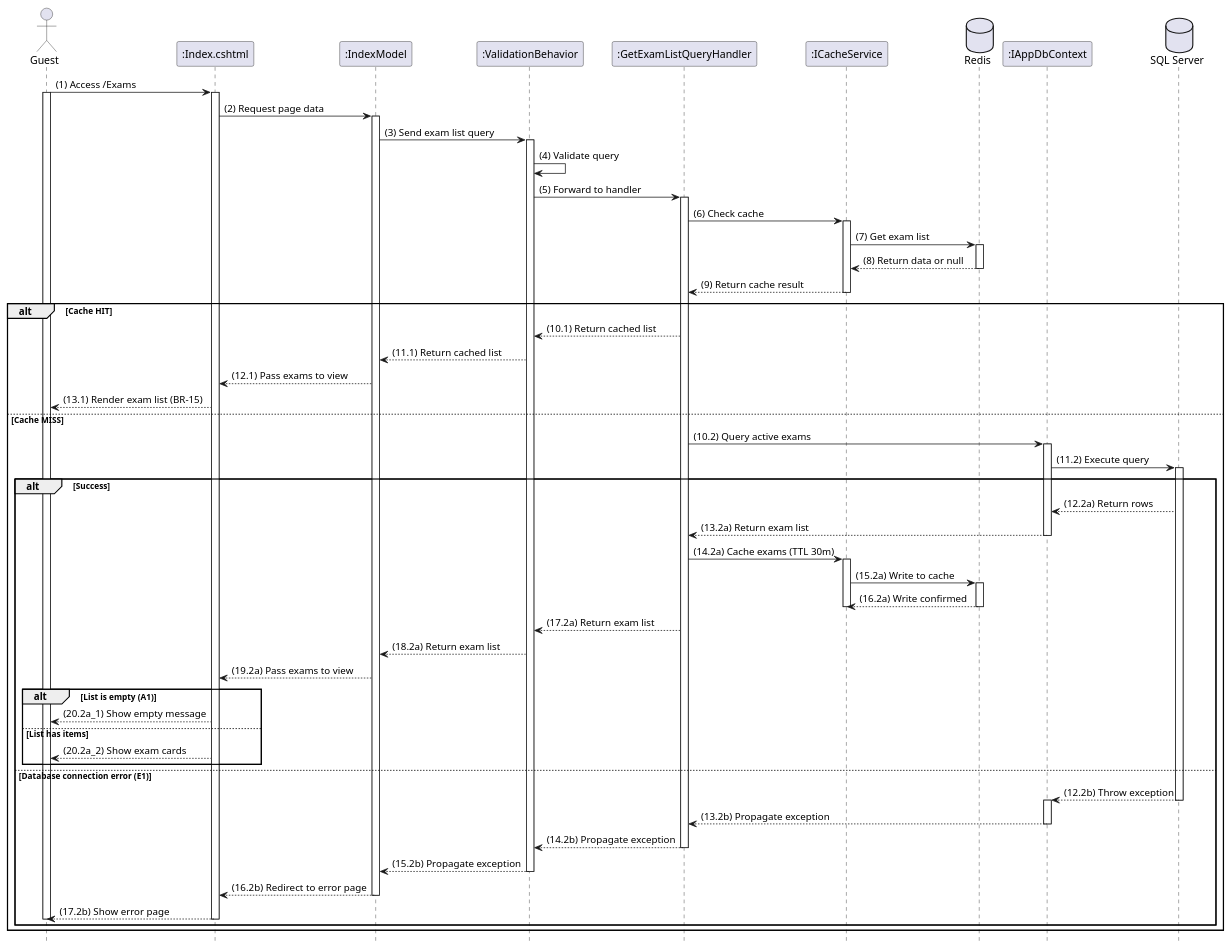
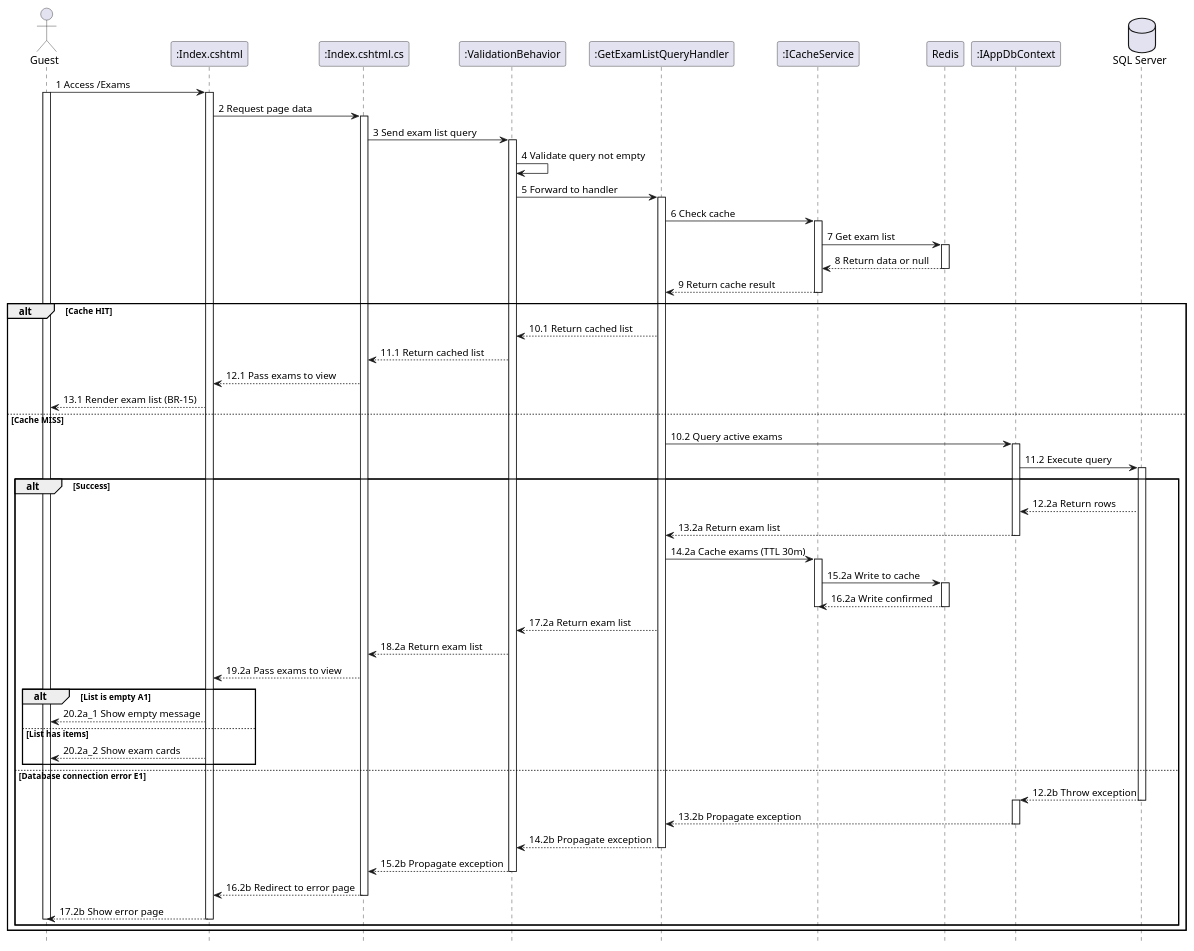
One commit to LiemDT2005/AcadPrep changed the diagram in docs/SequenceDiagrams/SD-UC3.1_View_Exams.puml. Above: the diagram before and after it, drawn with PlantUML. The commit also changed 6 other files, not shown here.

```diff
--- a/docs/SequenceDiagrams/SD-UC3.1_View_Exams.puml
+++ b/docs/SequenceDiagrams/SD-UC3.1_View_Exams.puml
@@ -1,102 +1,102 @@
 @startuml
 
 
 hide footbox
 
 actor Guest
 participant ":Index.cshtml" as View
-participant ":IndexModel" as PageModel
+participant ":Index.cshtml.cs" as PageModel
 participant ":ValidationBehavior" as Pipeline
 participant ":GetExamListQueryHandler" as Handler
 participant ":ICacheService" as CacheService
-database "Redis" as Redis
+participant "Redis" as Redis
 participant ":IAppDbContext" as DbContext
 database "SQL Server" as DB
 
-Guest -> View : (1) Access /Exams
+Guest -> View : 1 Access /Exams
 activate Guest
 activate View
 
-View -> PageModel : (2) Request page data
+View -> PageModel : 2 Request page data
 activate PageModel
 
-PageModel -> Pipeline : (3) Send exam list query
+PageModel -> Pipeline : 3 Send exam list query
 activate Pipeline
 
-Pipeline -> Pipeline : (4) Validate query
-Pipeline -> Handler : (5) Forward to handler
+Pipeline -> Pipeline : 4 Validate query not empty
+Pipeline -> Handler : 5 Forward to handler
 activate Handler
 
-Handler -> CacheService : (6) Check cache
+Handler -> CacheService : 6 Check cache
 activate CacheService
 
-CacheService -> Redis : (7) Get exam list
+CacheService -> Redis : 7 Get exam list
 activate Redis
-Redis --> CacheService : (8) Return data or null
+Redis --> CacheService : 8 Return data or null
 deactivate Redis
 
-CacheService --> Handler : (9) Return cache result
+CacheService --> Handler : 9 Return cache result
 deactivate CacheService
 
 alt Cache HIT
-    Handler --> Pipeline : (10.1) Return cached list
+    Handler --> Pipeline : 10.1 Return cached list
     
-    Pipeline --> PageModel : (11.1) Return cached list
+    Pipeline --> PageModel : 11.1 Return cached list
     
-    PageModel --> View : (12.1) Pass exams to view
-    View --> Guest : (13.1) Render exam list (BR-15)
+    PageModel --> View : 12.1 Pass exams to view
+    View --> Guest : 13.1 Render exam list (BR-15)
 else Cache MISS
-    Handler -> DbContext : (10.2) Query active exams
+    Handler -> DbContext : 10.2 Query active exams
     activate DbContext
 
-    DbContext -> DB : (11.2) Execute query
+    DbContext -> DB : 11.2 Execute query
     activate DB
 
     alt Success
-        DB --> DbContext : (12.2a) Return rows
-        DbContext --> Handler : (13.2a) Return exam list
+        DB --> DbContext : 12.2a Return rows
+        DbContext --> Handler : 13.2a Return exam list
         deactivate DbContext
 
-        Handler -> CacheService : (14.2a) Cache exams (TTL 30m)
+        Handler -> CacheService : 14.2a Cache exams (TTL 30m)
         activate CacheService
-        CacheService -> Redis : (15.2a) Write to cache
+        CacheService -> Redis : 15.2a Write to cache
         activate Redis
-        Redis --> CacheService : (16.2a) Write confirmed
+        Redis --> CacheService : 16.2a Write confirmed
         deactivate Redis
         deactivate CacheService
 
-        Handler --> Pipeline : (17.2a) Return exam list
+        Handler --> Pipeline : 17.2a Return exam list
         
-        Pipeline --> PageModel : (18.2a) Return exam list
+        Pipeline --> PageModel : 18.2a Return exam list
 
-        PageModel --> View : (19.2a) Pass exams to view
+        PageModel --> View : 19.2a Pass exams to view
         
-        alt List is empty (A1)
-            View --> Guest : (20.2a_1) Show empty message
+        alt List is empty A1
+            View --> Guest : 20.2a_1 Show empty message
         else List has items
-            View --> Guest : (20.2a_2) Show exam cards
+            View --> Guest : 20.2a_2 Show exam cards
         end
-    else Database connection error (E1)
-        DB --> DbContext : (12.2b) Throw exception
+    else Database connection error E1
+        DB --> DbContext : 12.2b Throw exception
         deactivate DB
         activate DbContext
-        DbContext --> Handler : (13.2b) Propagate exception
+        DbContext --> Handler : 13.2b Propagate exception
         deactivate DbContext
         
-        Handler --> Pipeline : (14.2b) Propagate exception
+        Handler --> Pipeline : 14.2b Propagate exception
         deactivate Handler
         
-        Pipeline --> PageModel : (15.2b) Propagate exception
+        Pipeline --> PageModel : 15.2b Propagate exception
         deactivate Pipeline
         
-        PageModel --> View : (16.2b) Redirect to error page
+        PageModel --> View : 16.2b Redirect to error page
         deactivate PageModel
-        View --> Guest : (17.2b) Show error page
+        View --> Guest : 17.2b Show error page
         deactivate View
         deactivate Guest
     end
 end
 
 deactivate View
 deactivate Guest
 @enduml
```
